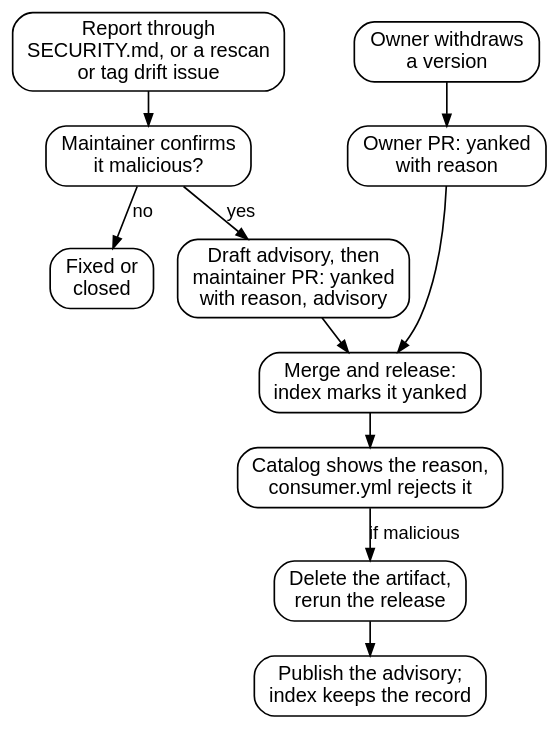
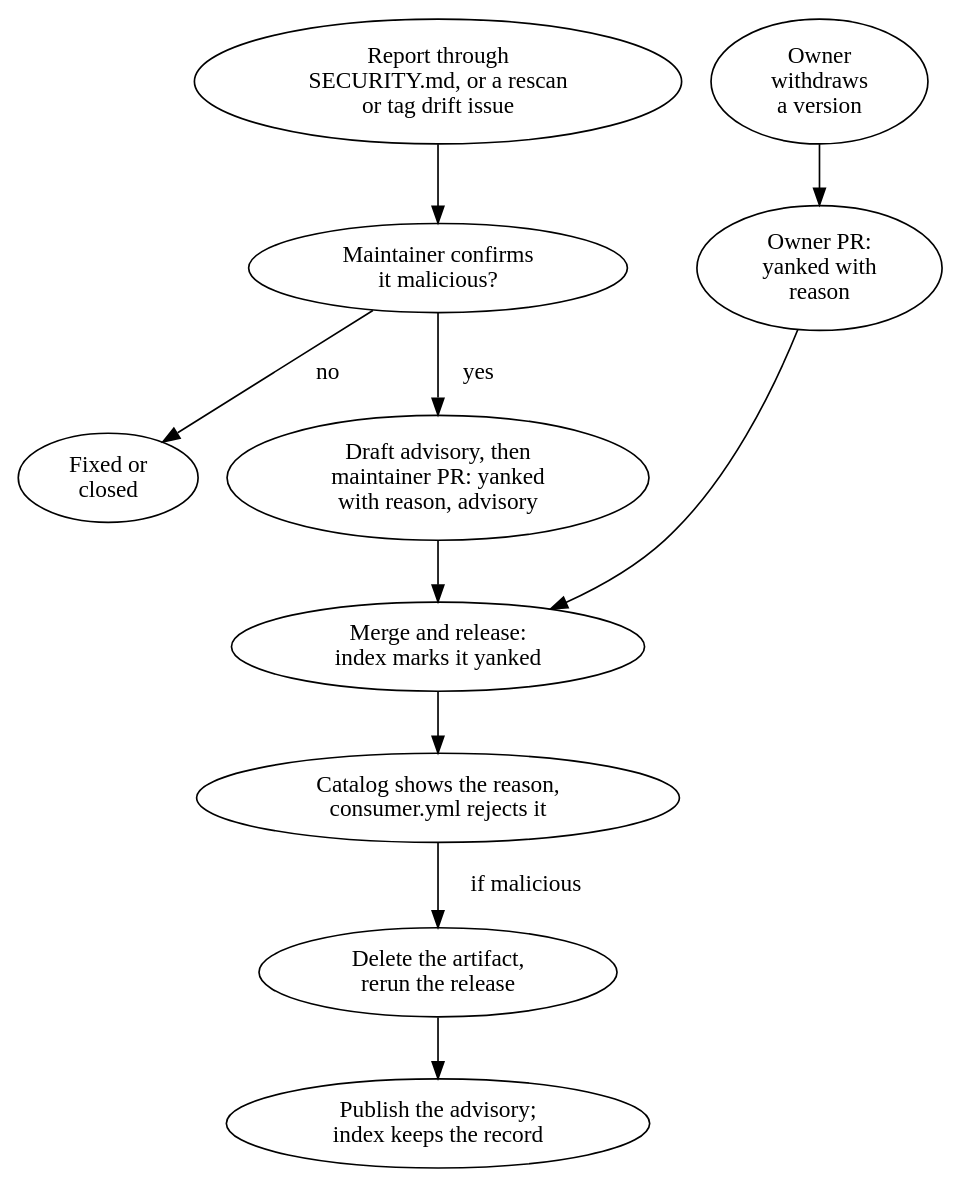
The diagram in catalog/site/assets/diagrams/withdraw.dot (kadet-hub/registry), drawn with Graphviz before and after one commit. The commit also changed 39 other files, not shown here.

First line of the commit message:
feat(catalog): Harbour head bands, spot drawings and diagrams on the inner pages

```diff
--- a/catalog/site/assets/diagrams/withdraw.dot
+++ b/catalog/site/assets/diagrams/withdraw.dot
@@ -1,30 +1,26 @@
-// CAT-35: withdrawing a version. Rendered with Graphviz 14.1.4; ./render regenerates withdraw.svg.
+// CAT-35: withdrawing a version. Rendered with Graphviz 16.1.2; ./render sets the look the six diagrams share and regenerates withdraw.svg.
 digraph withdraw {
-  bgcolor=transparent; nodesep=0.2; ranksep=0.28;
-  fontname="Helvetica,Arial,sans-serif"; fontsize=12; labeljust=l;
-  node [shape=box style=rounded fontname="Helvetica,Arial,sans-serif" fontsize=12 margin="0.12,0.05"];
-  edge [fontname="Helvetica,Arial,sans-serif" fontsize=11 arrowsize=0.7];
-
+  node [group="flow"];
   signal [label="Report through\nSECURITY.md, or a rescan\nor tag drift issue"];
-  owner [label="Owner withdraws\na version"];
+  owner [label="Owner\nwithdraws\na version" group="owner"];
   confirm [label="Maintainer confirms\nit malicious?"];
-  ownerpr [label="Owner PR: yanked\nwith reason"];
+  ownerpr [label="Owner PR:\nyanked with\nreason" group="owner"];
   signal -> confirm;
   owner -> ownerpr;
   {rank=same; confirm; ownerpr}
 
-  closed [label="Fixed or\nclosed"];
+  closed [label="Fixed or\nclosed" group=""];
   maintainer [label="Draft advisory, then\nmaintainer PR: yanked\nwith reason, advisory"];
-  confirm -> closed [label="no"];
-  confirm -> maintainer [label="yes"];
+  confirm -> closed [label="   no   "];
+  confirm -> maintainer [label="   yes   "];
 
   yanked [label="Merge and release:\nindex marks it yanked"];
   maintainer -> yanked;
   ownerpr -> yanked;
   effect [label="Catalog shows the reason,\nconsumer.yml rejects it"];
   delete [label="Delete the artifact,\nrerun the release"];
   publish [label="Publish the advisory;\nindex keeps the record"];
   yanked -> effect;
-  effect -> delete [label="if malicious"];
+  effect -> delete [label="   if malicious   "];
   delete -> publish;
 }
```
